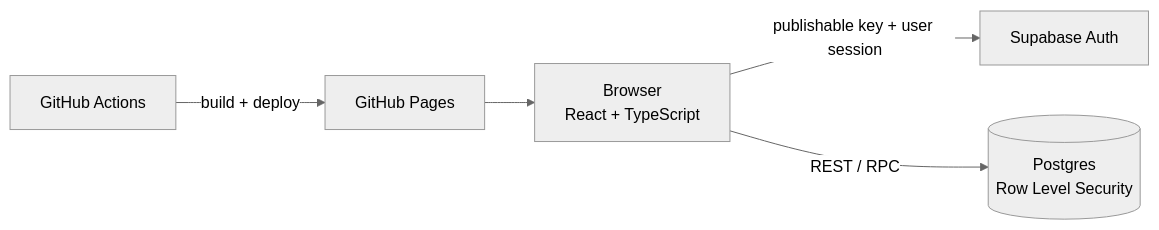
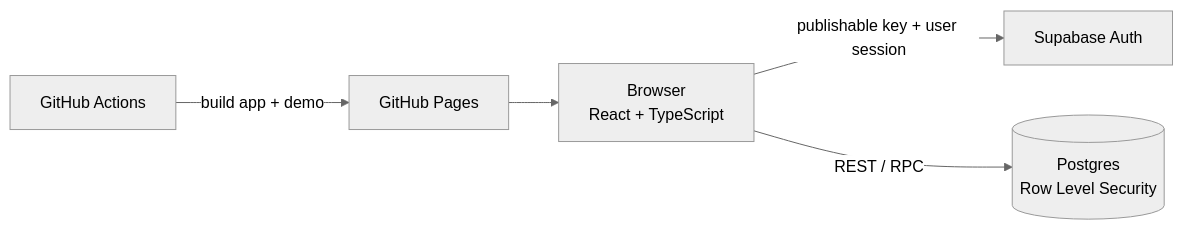
Before and after one commit to PetarIvanov03/spendings-list: the diagram in README.md, drawn with Mermaid (neutral theme). The commit also changed other lines of this file and 14 other files, not shown here.

````diff
--- a/README.md
+++ b/README.md
@@ -46,7 +83,7 @@
 ```mermaid
 flowchart LR
   B[Browser<br/>React + TypeScript] -->|publishable key + user session| A[Supabase Auth]
   B -->|REST / RPC| P[(Postgres<br/>Row Level Security)]
-  G[GitHub Actions] -->|build + deploy| H[GitHub Pages]
+  G[GitHub Actions] -->|build app + demo| H[GitHub Pages]
   H --> B
 ```
````
